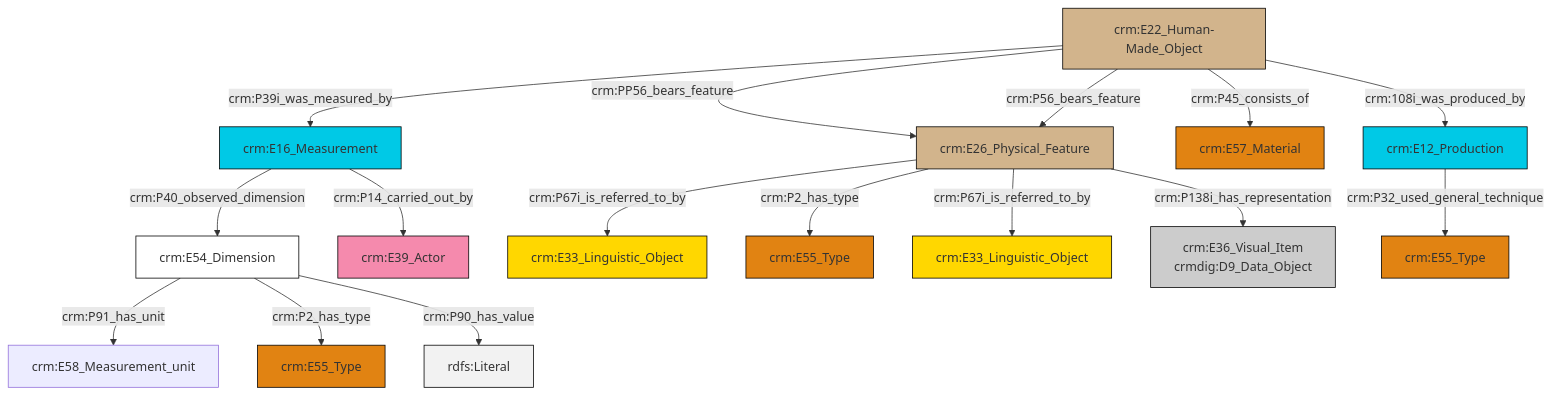
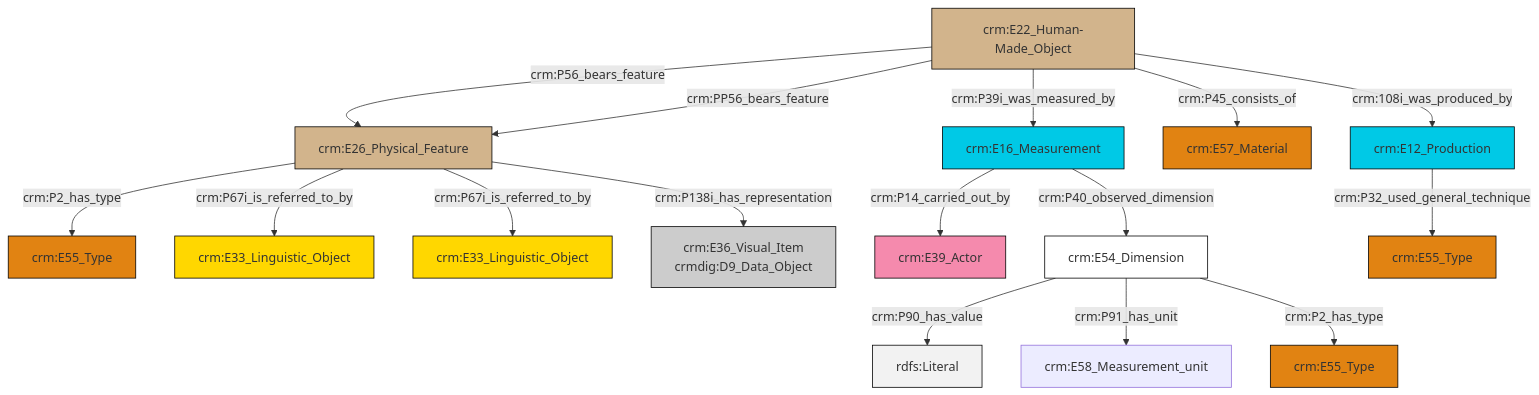
The diagram in et/carrierCSV/ttl/mmd/carrier_substance.ttl.mmd (swiss-art-research-net/docs.swissartresearch), drawn with Mermaid before and after one commit. The commit also changed 178 other files, not shown here.

```diff
--- a/et/carrierCSV/ttl/mmd/carrier_substance.ttl.mmd
+++ b/et/carrierCSV/ttl/mmd/carrier_substance.ttl.mmd
@@ -1,30 +1,30 @@
 graph TD
 classDef Literal fill:#f2f2f2,stroke:#000000;
 classDef CRM_Entity fill:#FFFFFF,stroke:#000000;
 classDef Temporal_Entity fill:#00C9E6, stroke:#000000;
 classDef Type fill:#E18312, stroke:#000000;
 classDef Time-Span fill:#2C9C91, stroke:#000000;
 classDef Appellation fill:#FFEB7F, stroke:#000000;
 classDef Place fill:#008836, stroke:#000000;
 classDef Persistent_Item fill:#B266B2, stroke:#000000;
 classDef Conceptual_Object fill:#FFD700, stroke:#000000;
 classDef Physical_Thing fill:#D2B48C, stroke:#000000;
 classDef Actor fill:#f58aad, stroke:#000000;
 classDef PC_Classes fill:#4ce600, stroke:#000000;
 classDef Multi fill:#cccccc,stroke:#000000;
 
-2["crm:E22_Human-Made_Object"]:::Physical_Thing -->|crm:P39i_was_measured_by| 3["crm:E16_Measurement"]:::Temporal_Entity
-4["crm:E26_Physical_Feature"]:::Physical_Thing -->|crm:P67i_is_referred_to_by| 5["crm:E33_Linguistic_Object"]:::Conceptual_Object
-6["crm:E54_Dimension"]:::CRM_Entity -->|crm:P91_has_unit| 12["crm:E58_Measurement_unit"]:::Default
-4["crm:E26_Physical_Feature"]:::Physical_Thing -->|crm:P2_has_type| 0["crm:E55_Type"]:::Type
-2["crm:E22_Human-Made_Object"]:::Physical_Thing -->|crm:PP56_bears_feature| 4["crm:E26_Physical_Feature"]:::Physical_Thing
-2["crm:E22_Human-Made_Object"]:::Physical_Thing -->|crm:P56_bears_feature| 4["crm:E26_Physical_Feature"]:::Physical_Thing
-2["crm:E22_Human-Made_Object"]:::Physical_Thing -->|crm:P45_consists_of| 20["crm:E57_Material"]:::Type
-3["crm:E16_Measurement"]:::Temporal_Entity -->|crm:P40_observed_dimension| 6["crm:E54_Dimension"]:::CRM_Entity
-2["crm:E22_Human-Made_Object"]:::Physical_Thing -->|crm:108i_was_produced_by| 21["crm:E12_Production"]:::Temporal_Entity
-21["crm:E12_Production"]:::Temporal_Entity -->|crm:P32_used_general_technique| 16["crm:E55_Type"]:::Type
-3["crm:E16_Measurement"]:::Temporal_Entity -->|crm:P14_carried_out_by| 23["crm:E39_Actor"]:::Actor
-4["crm:E26_Physical_Feature"]:::Physical_Thing -->|crm:P67i_is_referred_to_by| 10["crm:E33_Linguistic_Object"]:::Conceptual_Object
-4["crm:E26_Physical_Feature"]:::Physical_Thing -->|crm:P138i_has_representation| 8["crm:E36_Visual_Item<br>crmdig:D9_Data_Object"]:::Multi
-6["crm:E54_Dimension"]:::CRM_Entity -->|crm:P2_has_type| 18["crm:E55_Type"]:::Type
-6["crm:E54_Dimension"]:::CRM_Entity -->|crm:P90_has_value| 28[rdfs:Literal]:::Literal
+0["crm:E16_Measurement"]:::Temporal_Entity -->|crm:P14_carried_out_by| 1["crm:E39_Actor"]:::Actor
+2["crm:E26_Physical_Feature"]:::Physical_Thing -->|crm:P2_has_type| 6["crm:E55_Type"]:::Type
+11["crm:E22_Human-Made_Object"]:::Physical_Thing -->|crm:P56_bears_feature| 2["crm:E26_Physical_Feature"]:::Physical_Thing
+11["crm:E22_Human-Made_Object"]:::Physical_Thing -->|crm:PP56_bears_feature| 2["crm:E26_Physical_Feature"]:::Physical_Thing
+15["crm:E12_Production"]:::Temporal_Entity -->|crm:P32_used_general_technique| 4["crm:E55_Type"]:::Type
+13["crm:E54_Dimension"]:::CRM_Entity -->|crm:P90_has_value| 20[rdfs:Literal]:::Literal
+11["crm:E22_Human-Made_Object"]:::Physical_Thing -->|crm:P39i_was_measured_by| 0["crm:E16_Measurement"]:::Temporal_Entity
+13["crm:E54_Dimension"]:::CRM_Entity -->|crm:P91_has_unit| 24["crm:E58_Measurement_unit"]:::Default
+13["crm:E54_Dimension"]:::CRM_Entity -->|crm:P2_has_type| 9["crm:E55_Type"]:::Type
+2["crm:E26_Physical_Feature"]:::Physical_Thing -->|crm:P67i_is_referred_to_by| 25["crm:E33_Linguistic_Object"]:::Conceptual_Object
+2["crm:E26_Physical_Feature"]:::Physical_Thing -->|crm:P67i_is_referred_to_by| 21["crm:E33_Linguistic_Object"]:::Conceptual_Object
+11["crm:E22_Human-Made_Object"]:::Physical_Thing -->|crm:P45_consists_of| 17["crm:E57_Material"]:::Type
+0["crm:E16_Measurement"]:::Temporal_Entity -->|crm:P40_observed_dimension| 13["crm:E54_Dimension"]:::CRM_Entity
+11["crm:E22_Human-Made_Object"]:::Physical_Thing -->|crm:108i_was_produced_by| 15["crm:E12_Production"]:::Temporal_Entity
+2["crm:E26_Physical_Feature"]:::Physical_Thing -->|crm:P138i_has_representation| 7["crm:E36_Visual_Item<br>crmdig:D9_Data_Object"]:::Multi
```
